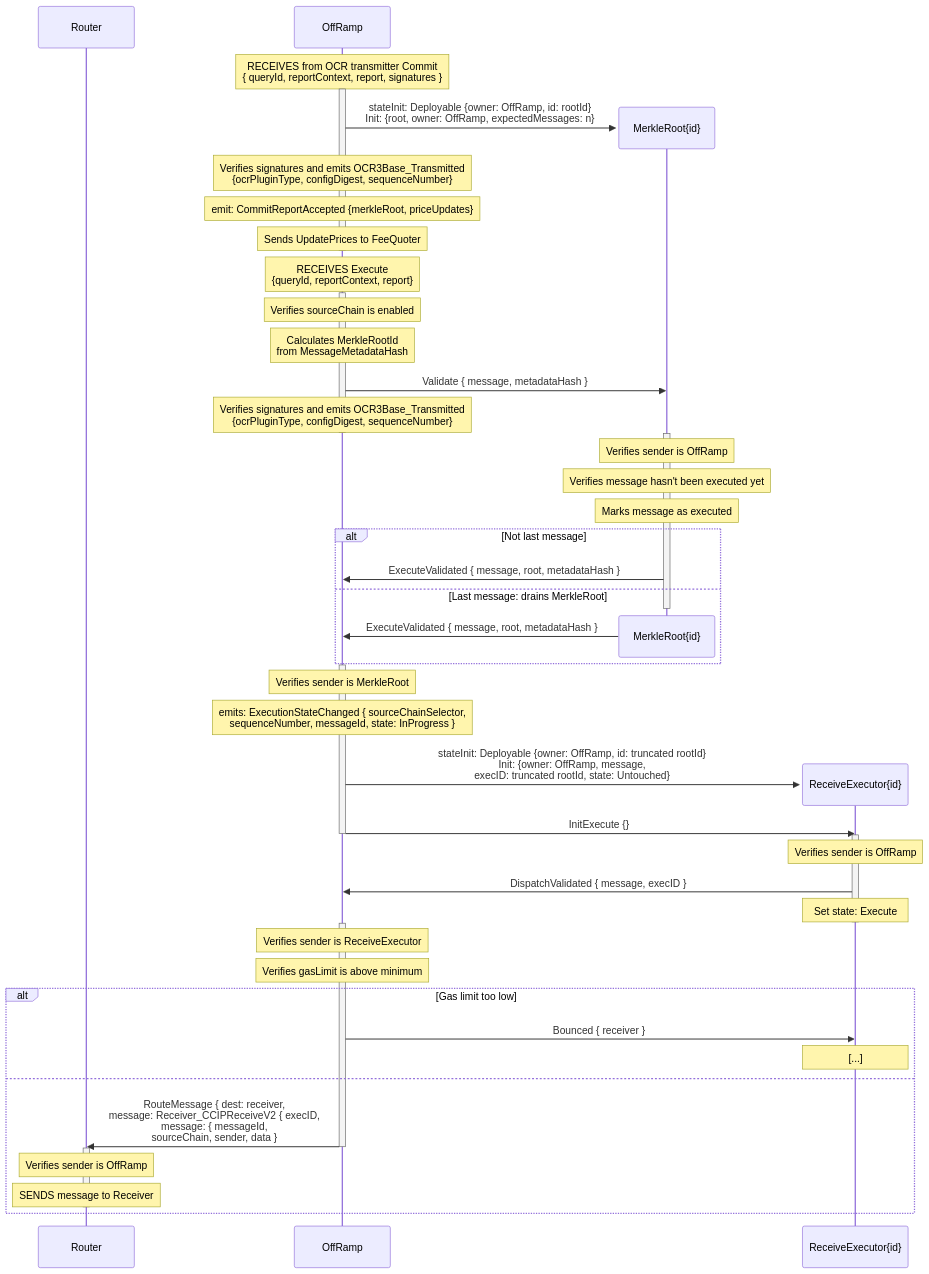
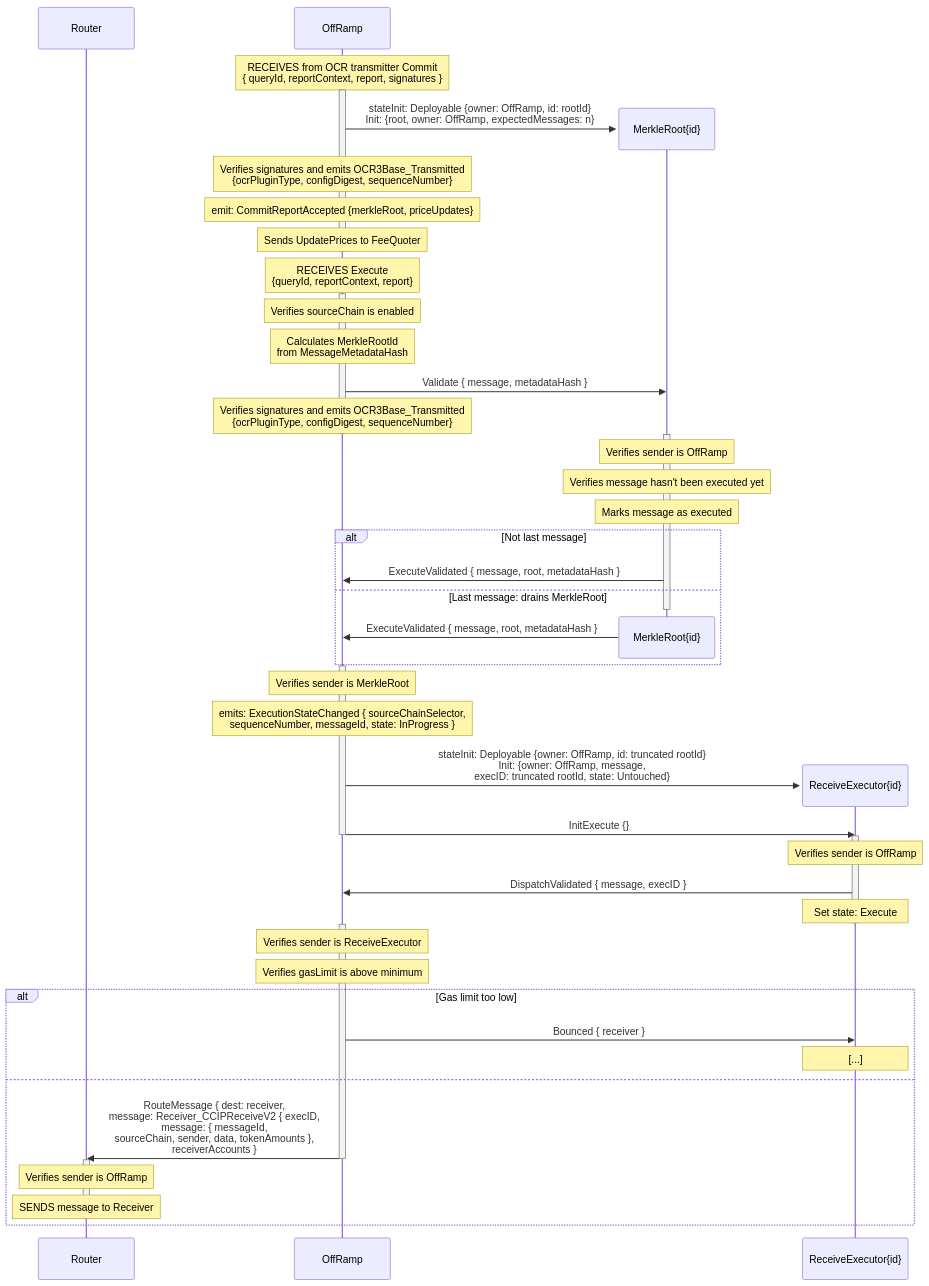
Before and after one commit to smartcontractkit/chainlink-ton: the second of 6 diagrams in docs/contracts/overview/ccip/offramp/arbitrary-msg.md, drawn with Mermaid. The commit also changed 12 other files, not shown here.

First line of the commit message:
feat: receiverAccounts in Receiver_CCIPReceiveV2

````diff
--- a/docs/contracts/overview/ccip/offramp/arbitrary-msg.md
+++ b/docs/contracts/overview/ccip/offramp/arbitrary-msg.md
@@ -33,80 +33,80 @@
 ```mermaid
 sequenceDiagram
     participant R as Router
     participant OR as OffRamp
 
     
     
     Note over OR: RECEIVES from OCR transmitter Commit<br>{ queryId, reportContext, report, signatures }
     activate OR
 
     create participant MR as MerkleRoot{id}
     OR ->> MR: stateInit: Deployable {owner: OffRamp, id: rootId}<br>Init: {root, owner: OffRamp, expectedMessages: n}
     
     Note over OR: Verifies signatures and emits OCR3Base_Transmitted<br>{ocrPluginType, configDigest, sequenceNumber}
     Note over OR: emit: CommitReportAccepted {merkleRoot, priceUpdates}
     Note over OR: Sends UpdatePrices to FeeQuoter
     deactivate OR
  
     Note over OR: RECEIVES Execute<br>{queryId, reportContext, report}
     activate OR
     Note over OR: Verifies sourceChain is enabled
     Note over OR: Calculates MerkleRootId<br>from MessageMetadataHash
 
     OR ->> MR: Validate { message, metadataHash }
 
     Note over OR: Verifies signatures and emits OCR3Base_Transmitted<br>{ocrPluginType, configDigest, sequenceNumber}
     deactivate OR
 
     activate MR
 
     Note over MR: Verifies sender is OffRamp
     Note over MR: Verifies message hasn't been executed yet
     Note over MR: Marks message as executed
 
     
     alt Not last message
     MR ->> OR: ExecuteValidated { message, root, metadataHash }
     else Last message: drains MerkleRoot
     deactivate MR
     destroy MR
     MR ->> OR: ExecuteValidated { message, root, metadataHash }
     end
 
     activate OR
     Note over OR: Verifies sender is MerkleRoot
     Note over OR: emits: ExecutionStateChanged { sourceChainSelector,<br>sequenceNumber, messageId, state: InProgress }
     create participant RE as ReceiveExecutor{id}
     OR ->> RE: stateInit: Deployable {owner: OffRamp, id: truncated rootId}<br>Init: {owner: OffRamp, message,<br>execID: truncated rootId, state: Untouched}
     OR ->> RE: InitExecute {}
     deactivate OR
 
 
 
     activate RE
     Note over RE: Verifies sender is OffRamp
     RE ->> OR: DispatchValidated { message, execID }
     Note over RE: Set state: Execute
     deactivate RE
 
 
 
     activate OR
     Note over OR: Verifies sender is ReceiveExecutor
     Note over OR: Verifies gasLimit is above minimum
     alt Gas limit too low
     OR ->> RE: Bounced { receiver }
     Note over RE: [...]
     else
 
-    OR ->> R: RouteMessage { dest: receiver,<br>message: Receiver_CCIPReceiveV2 { execID,<br>message: { messageId,<br>sourceChain, sender, data }
+    OR ->> R: RouteMessage { dest: receiver,<br>message: Receiver_CCIPReceiveV2 { execID,<br>message: { messageId,<br>sourceChain, sender, data, tokenAmounts },<br>receiverAccounts }
     deactivate OR
 
 
 
     activate R
     Note over R: Verifies sender is OffRamp
     Note over R: SENDS message to Receiver
     deactivate R
     end
 ```
````
